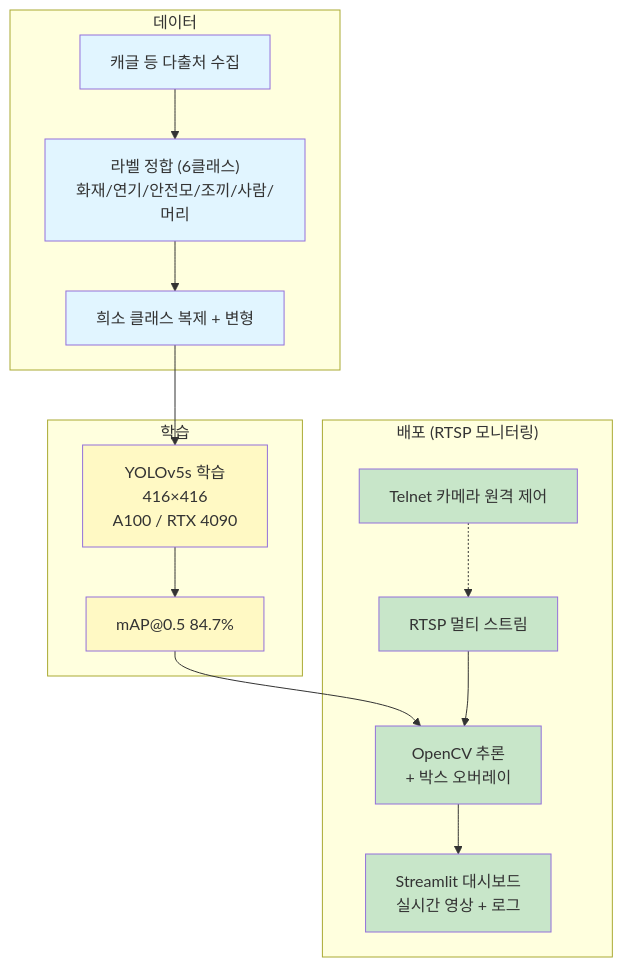
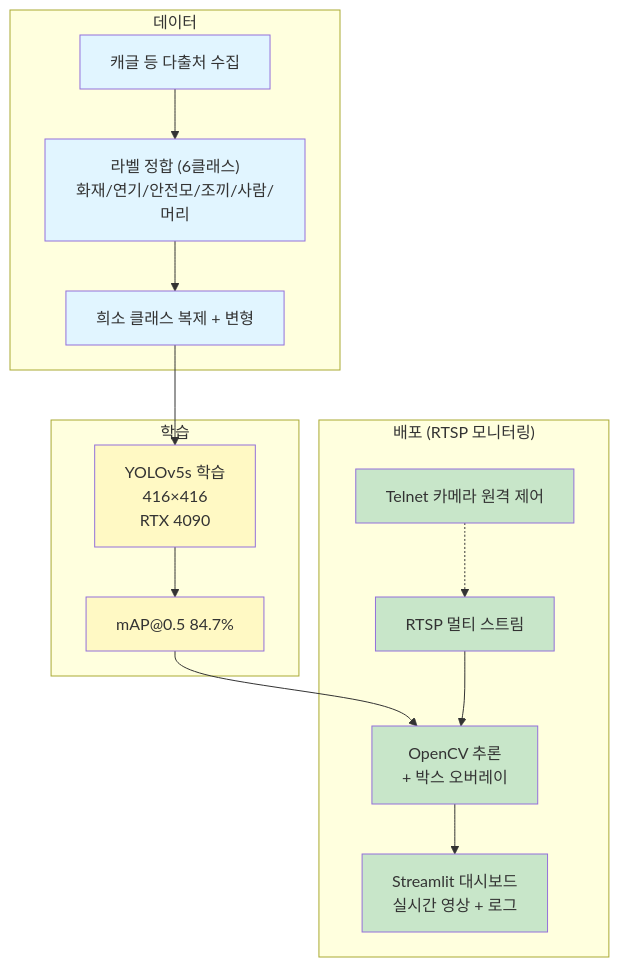
The fourth of 6 diagrams in README.md (tommyjin2894/portfolio), drawn with Mermaid before and after one commit. The commit also changed other lines of this file and 3 other files, not shown here.

````diff
--- a/README.md
+++ b/README.md
@@ -316,33 +316,33 @@
 ```mermaid
 graph TB
     subgraph "데이터"
         KAGGLE["캐글 등 다출처 수집"]
         UNIFY["라벨 정합 (6클래스)<br/>화재/연기/안전모/조끼/사람/머리"]
         IMBAL["희소 클래스 복제 + 변형"]
     end
 
     subgraph "학습"
-        TRAIN["YOLOv5s 학습<br/>416×416<br/>A100 / RTX 4090"]
+        TRAIN["YOLOv5s 학습<br/>416×416<br/>RTX 4090"]
         OUT["mAP@0.5 84.7%"]
     end
 
     subgraph "배포 (RTSP 모니터링)"
         RTSP["RTSP 멀티 스트림"]
         CV["OpenCV 추론<br/>+ 박스 오버레이"]
         DASH["Streamlit 대시보드<br/>실시간 영상 + 로그"]
         TELNET["Telnet 카메라 원격 제어"]
     end
 
     KAGGLE --> UNIFY --> IMBAL --> TRAIN --> OUT
     OUT --> CV
     RTSP --> CV --> DASH
     TELNET -.-> RTSP
 
     classDef data fill:#e1f5ff
     classDef train fill:#fff9c4
     classDef deploy fill:#c8e6c9
 
     class KAGGLE,UNIFY,IMBAL data
     class TRAIN,OUT train
     class RTSP,CV,DASH,TELNET deploy
 ```
````
